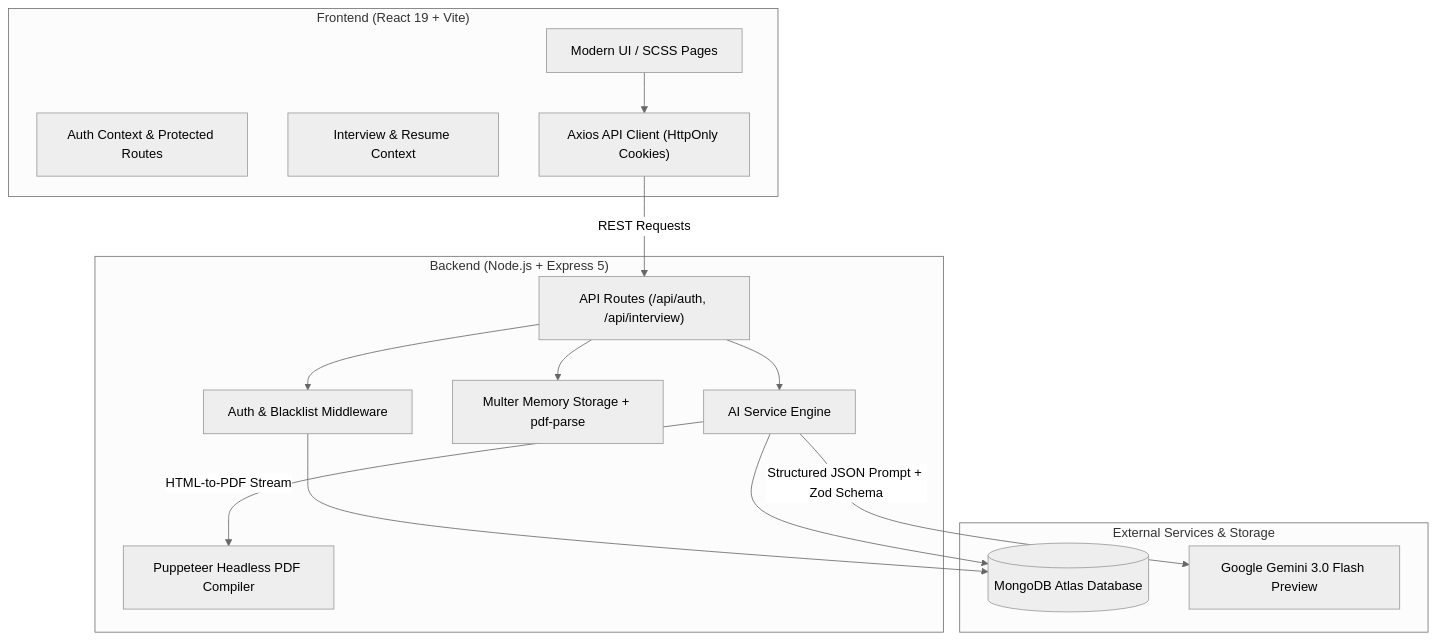
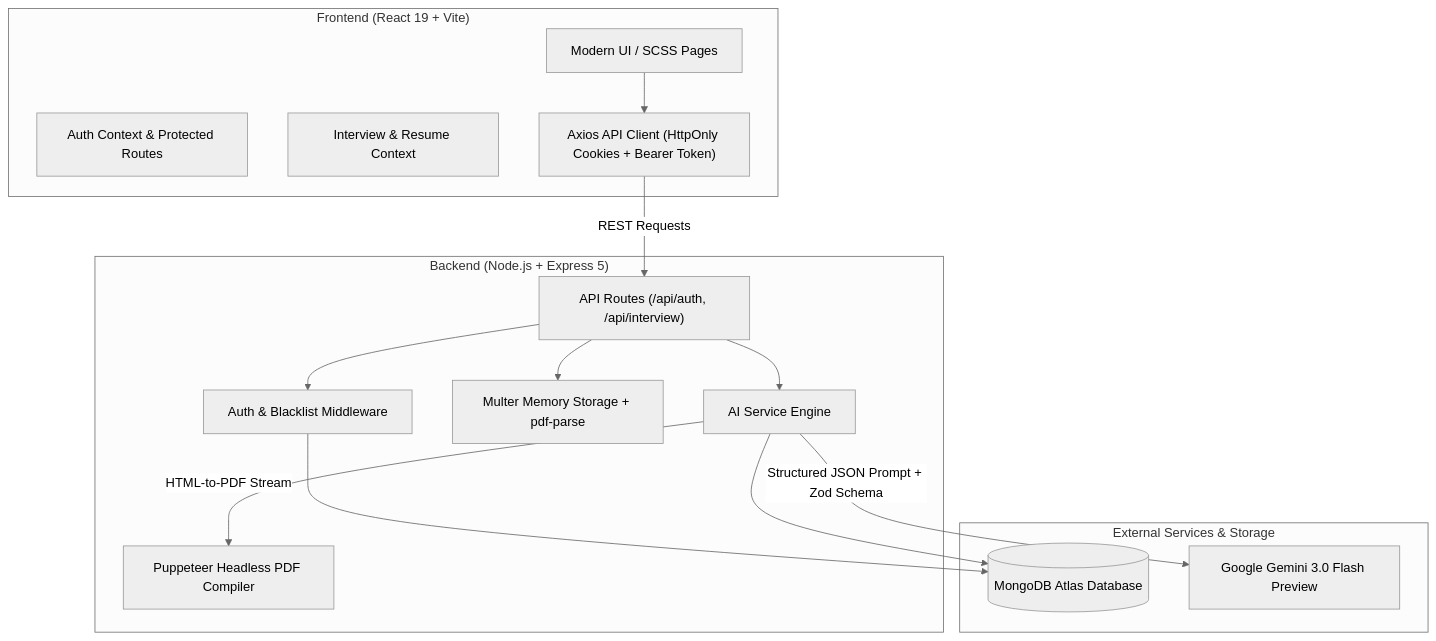
One commit to eleshkapri/Resume-GenAI changed the diagram in README.md. Above: the diagram before and after it, drawn with Mermaid (neutral theme). The commit also changed other lines of this file, not shown here.

````diff
--- a/README.md
+++ b/README.md
@@ -60,32 +93,32 @@
 ```mermaid
 flowchart TD
     subgraph Client ["Frontend (React 19 + Vite)"]
         UI["Modern UI / SCSS Pages"]
         AuthCtx["Auth Context & Protected Routes"]
         InterviewCtx["Interview & Resume Context"]
-        AxiosClient["Axios API Client (HttpOnly Cookies)"]
+        AxiosClient["Axios API Client (HttpOnly Cookies + Bearer Token)"]
     end
 
     subgraph Server ["Backend (Node.js + Express 5)"]
         Routes["API Routes (/api/auth, /api/interview)"]
         AuthMW["Auth & Blacklist Middleware"]
         UploadMW["Multer Memory Storage + pdf-parse"]
         AIService["AI Service Engine"]
         PuppeteerEngine["Puppeteer Headless PDF Compiler"]
     end
 
     subgraph DataAI ["External Services & Storage"]
         MongoDB[("MongoDB Atlas Database")]
         GeminiAPI["Google Gemini 3.0 Flash Preview"]
     end
 
     UI --> AxiosClient
     AxiosClient -->|REST Requests| Routes
     Routes --> AuthMW
     AuthMW --> MongoDB
     Routes --> UploadMW
     Routes --> AIService
     AIService -->|Structured JSON Prompt + Zod Schema| GeminiAPI
     AIService -->|HTML-to-PDF Stream| PuppeteerEngine
     AIService --> MongoDB
 ```
````
